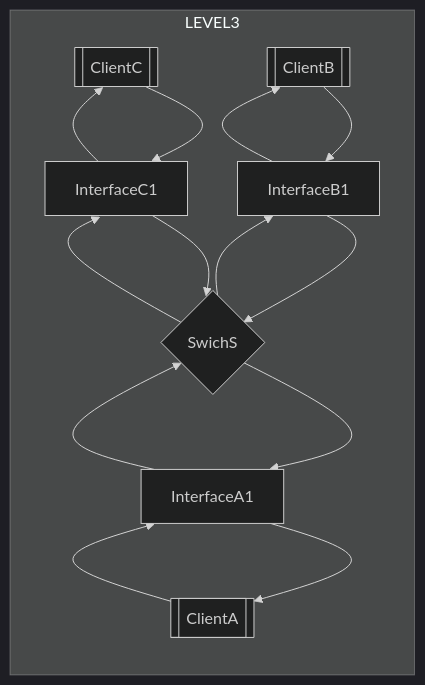
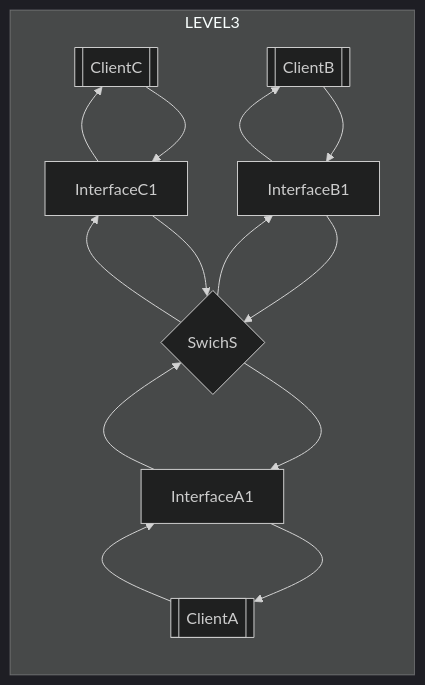
Before and after one commit to rikeda-cloud/net_practice: the first of 2 diagrams in level3.md, drawn with Mermaid. The commit also changed other lines of this file and 9 other files, not shown here.

````diff
--- a/level3.md
+++ b/level3.md
@@ -14,21 +14,17 @@
 ```mermaid
 %%{init:{'theme': 'dark'}}%%
-%%{init:{'flowchart': {'curve': 'natural'}}}%%
 flowchart
 subgraph LEVEL3
     direction BT
     CA[[ClientA]]
     CB[[ClientB]]
     CC[[ClientC]]
     IA[InterfaceA1]
     IB[InterfaceB1]
     IC[InterfaceC1]
     S{SwichS}
-    CA-->IA-->CA
-    IA-->S-->IA
-    CC-->IC-->CC
-    IC-->S-->IC
-    CB-->IB-->CB
-    IB-->S-->IB
+    CA-->IA-->S-->IA-->CA
+    CC-->IC-->S-->IC-->CC
+    CB-->IB-->S-->IB-->CB
 end
 ```
````
